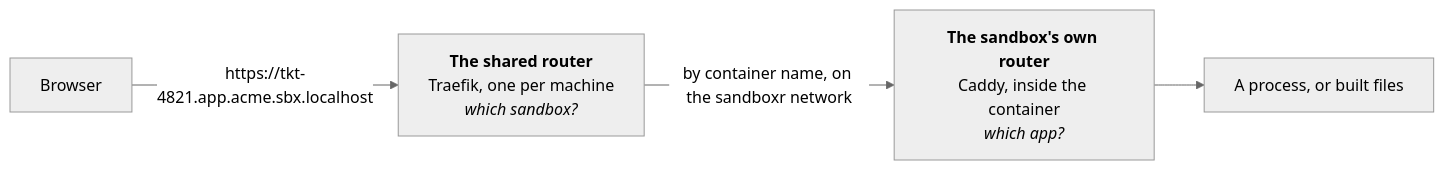
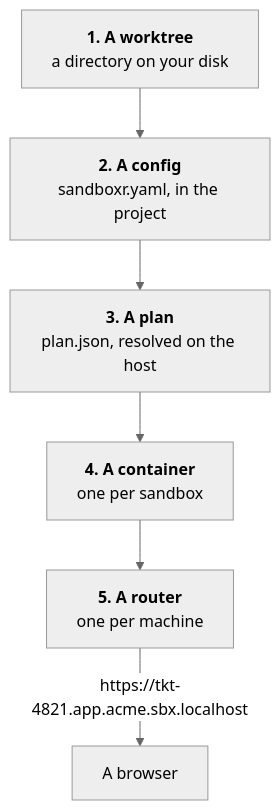
Before and after one commit to mattmoran56/sandboxer-core: the diagram in docs/how-it-works.md, drawn with Mermaid (neutral theme). The commit also changed other lines of this file and 43 other files, not shown here.

````diff
--- a/docs/how-it-works.md
+++ b/docs/how-it-works.md
@@ -95,10 +9,10 @@
 ```mermaid
-flowchart LR
-  b["Browser"]
-  t["<b>The shared router</b><br/>Traefik, one per machine<br/><i>which sandbox?</i>"]
-  c["<b>The sandbox's own router</b><br/>Caddy, inside the container<br/><i>which app?</i>"]
-  p["A process, or built files"]
-  b -->|"https://tkt-4821.app.acme.sbx.localhost"| t
-  t -->|"by container name, on the sandboxr network"| c
-  c --> p
+flowchart TB
+  a["<b>1. A worktree</b><br/>a directory on your disk"]
+  b["<b>2. A config</b><br/>sandboxr.yaml, in the project"]
+  c["<b>3. A plan</b><br/>plan.json, resolved on the host"]
+  d["<b>4. A container</b><br/>one per sandbox"]
+  e["<b>5. A router</b><br/>one per machine"]
+  a --> b --> c --> d --> e
+  e -->|"https://tkt-4821.app.acme.sbx.localhost"| f["A browser"]
 ```
````
